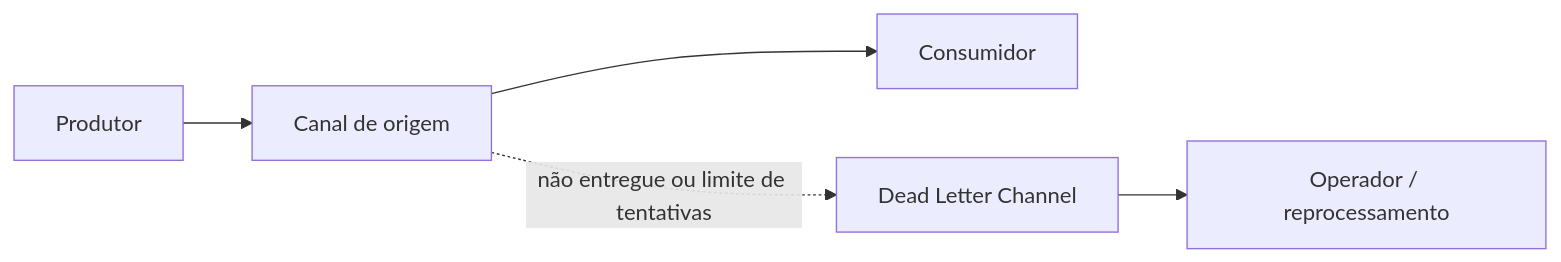
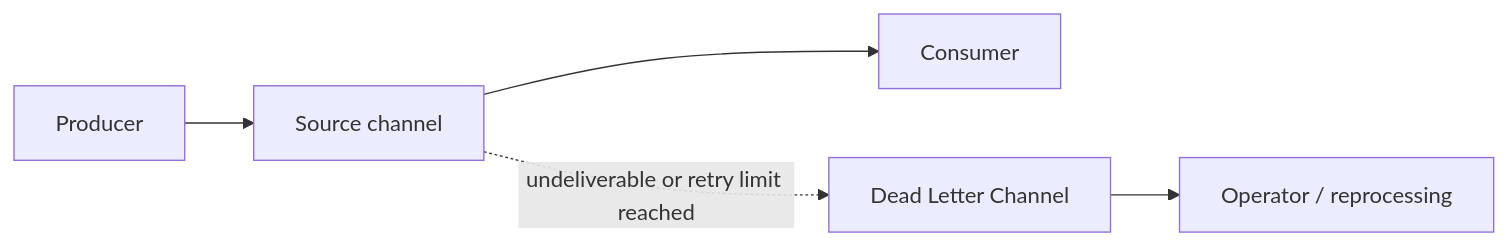
Before and after one commit to alancesar/design-patterns: the diagram in docs/architecture/eip/messaging-channels/dead-letter-channel.md, drawn with Mermaid. The commit also changed 258 other files, not shown here.

First line of the commit message:
Translate Mermaid diagrams to English

````diff
--- a/docs/architecture/eip/messaging-channels/dead-letter-channel.md
+++ b/docs/architecture/eip/messaging-channels/dead-letter-channel.md
@@ -54,7 +54,7 @@
 ```mermaid
 flowchart LR
-    P["Produtor"] --> C["Canal de origem"]
-    C --> R["Consumidor"]
-    C -.->|"não entregue ou limite de tentativas"| D["Dead Letter Channel"]
-    D --> O["Operador / reprocessamento"]
+    P["Producer"] --> C["Source channel"]
+    C --> R["Consumer"]
+    C -.->|"undeliverable or retry limit reached"| D["Dead Letter Channel"]
+    D --> O["Operator / reprocessing"]
 ```
````
